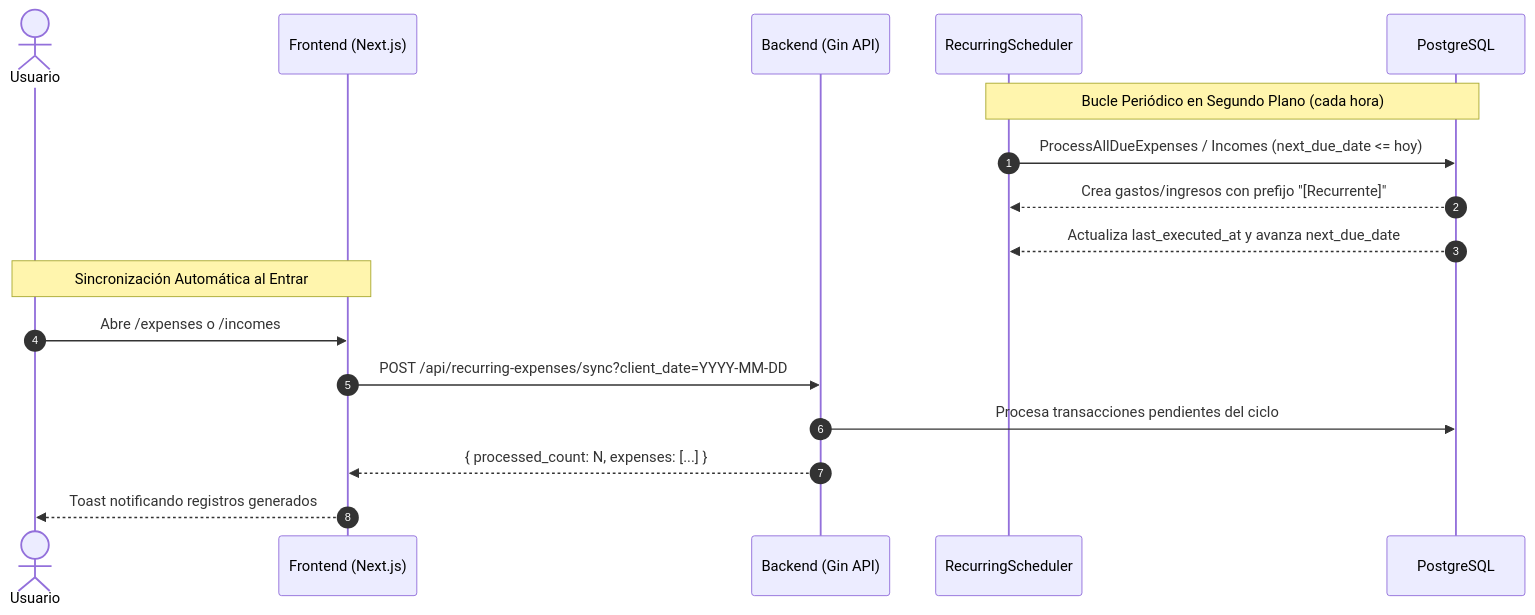
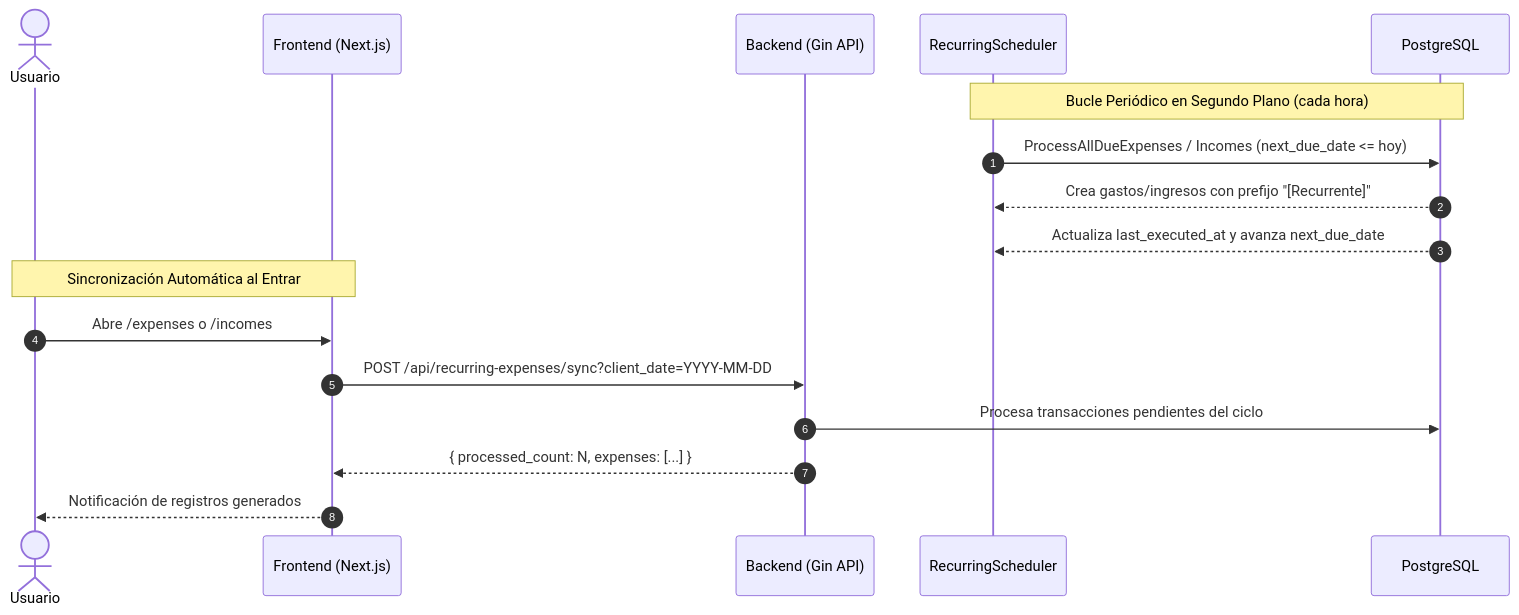
The second of 3 diagrams in docs/ARCHITECTURE.md (TonyBrTs/Fintrack), drawn with Mermaid before and after one commit. The commit also changed other lines of this file and 13 other files, not shown here.

````diff
--- a/docs/ARCHITECTURE.md
+++ b/docs/ARCHITECTURE.md
@@ -157,21 +157,21 @@
 ```mermaid
 sequenceDiagram
     autonumber
     actor Usuario
     participant Frontend as Frontend (Next.js)
     participant API as Backend (Gin API)
     participant Scheduler as RecurringScheduler
     participant DB as PostgreSQL
 
     Note over Scheduler, DB: Bucle Periódico en Segundo Plano (cada hora)
     Scheduler->>DB: ProcessAllDueExpenses / Incomes (next_due_date <= hoy)
     DB-->>Scheduler: Crea gastos/ingresos con prefijo "[Recurrente]"
     DB-->>Scheduler: Actualiza last_executed_at y avanza next_due_date
 
     Note over Usuario, Frontend: Sincronización Automática al Entrar
     Usuario->>Frontend: Abre /expenses o /incomes
     Frontend->>API: POST /api/recurring-expenses/sync?client_date=YYYY-MM-DD
     API->>DB: Procesa transacciones pendientes del ciclo
     API-->>Frontend: { processed_count: N, expenses: [...] }
-    Frontend-->>Usuario: Toast notificando registros generados
+    Frontend-->>Usuario: Notificación de registros generados
 ```
````
